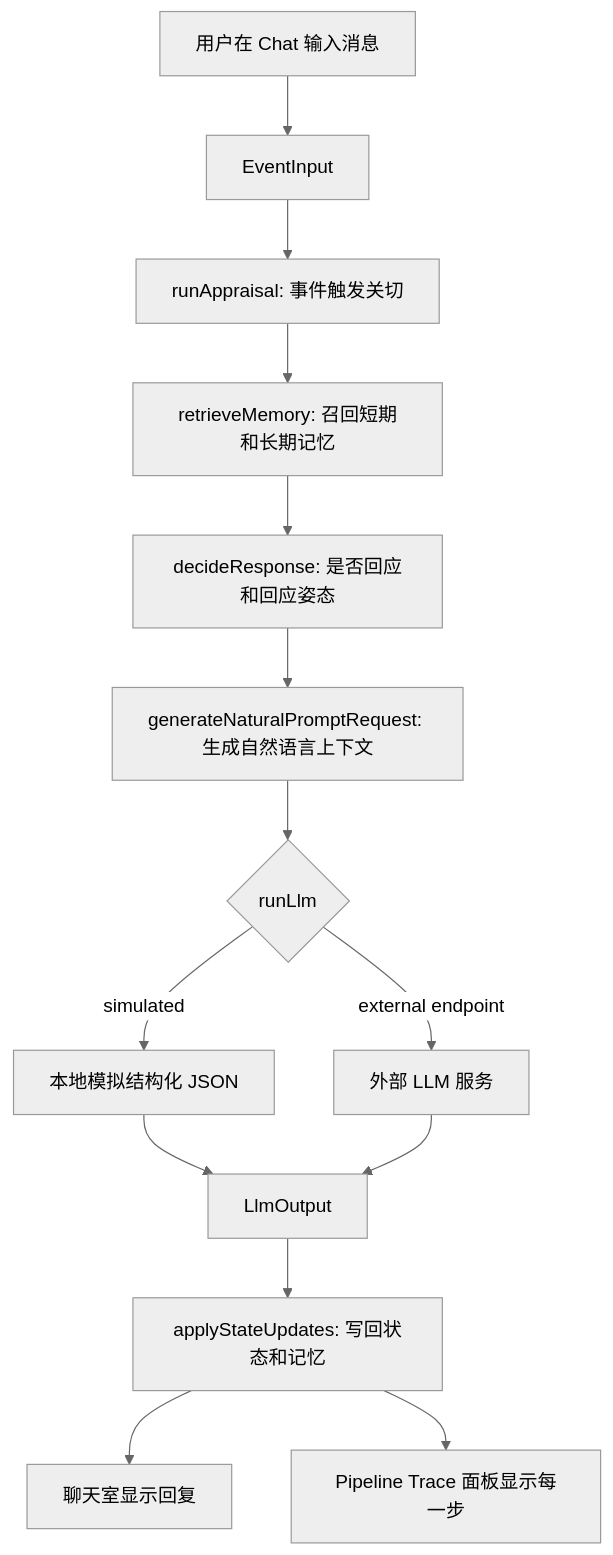
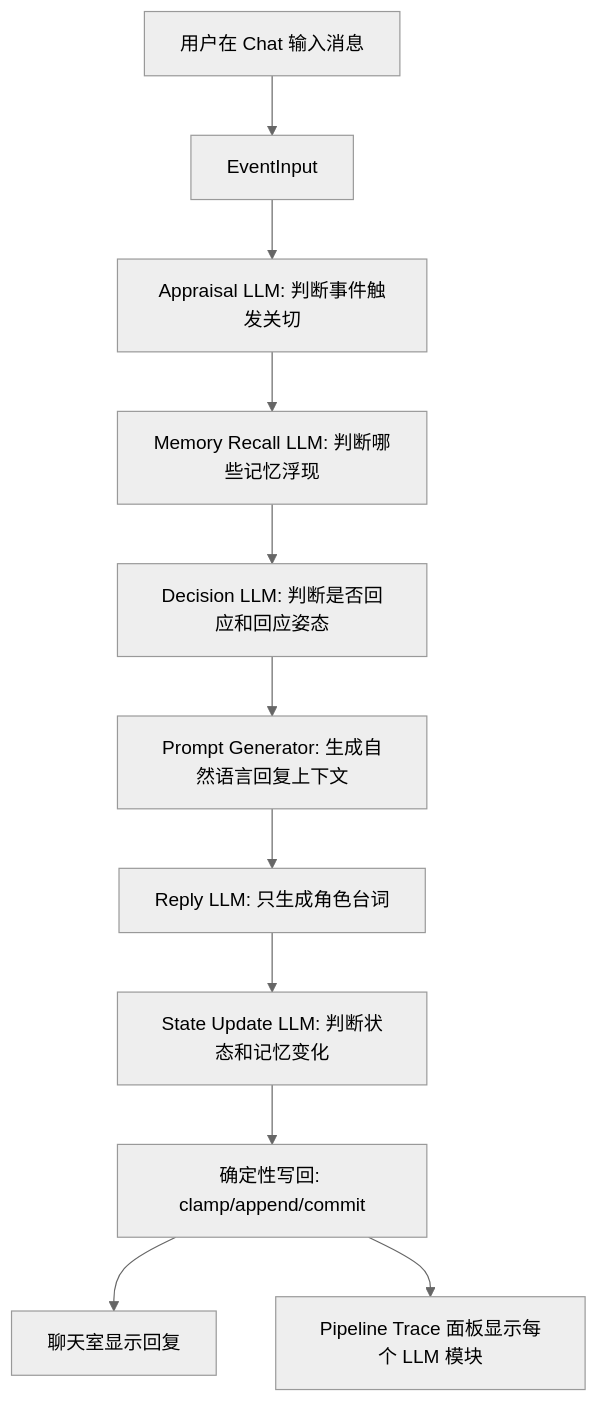
Before and after one commit to ttmanthatman/virtual-human-flow: the third of 4 diagrams in docs/SYSTEM_FLOW.md, drawn with Mermaid (neutral theme). The commit also changed other lines of this file and 14 other files, not shown here.

Commit message:
refactor: make pipeline llm-driven modules

````diff
--- a/docs/SYSTEM_FLOW.md
+++ b/docs/SYSTEM_FLOW.md
@@ -52,16 +54,13 @@
 ```mermaid
 flowchart TD
     U[用户在 Chat 输入消息] --> E[EventInput]
-    E --> A[runAppraisal: 事件触发关切]
-    A --> M[retrieveMemory: 召回短期和长期记忆]
-    M --> D[decideResponse: 是否回应和回应姿态]
-    D --> P[generateNaturalPromptRequest: 生成自然语言上下文]
-    P --> L{runLlm}
-    L -- simulated --> S[本地模拟结构化 JSON]
-    L -- external endpoint --> X[外部 LLM 服务]
-    S --> O[LlmOutput]
-    X --> O
-    O --> W[applyStateUpdates: 写回状态和记忆]
+    E --> A[Appraisal LLM: 判断事件触发关切]
+    A --> M[Memory Recall LLM: 判断哪些记忆浮现]
+    M --> D[Decision LLM: 判断是否回应和回应姿态]
+    D --> P[Prompt Generator: 生成自然语言回复上下文]
+    P --> R[Reply LLM: 只生成角色台词]
+    R --> S[State Update LLM: 判断状态和记忆变化]
+    S --> W[确定性写回: clamp/append/commit]
     W --> C[聊天室显示回复]
-    W --> T[Pipeline Trace 面板显示每一步]
+    W --> T[Pipeline Trace 面板显示每个 LLM 模块]
 ```
````
